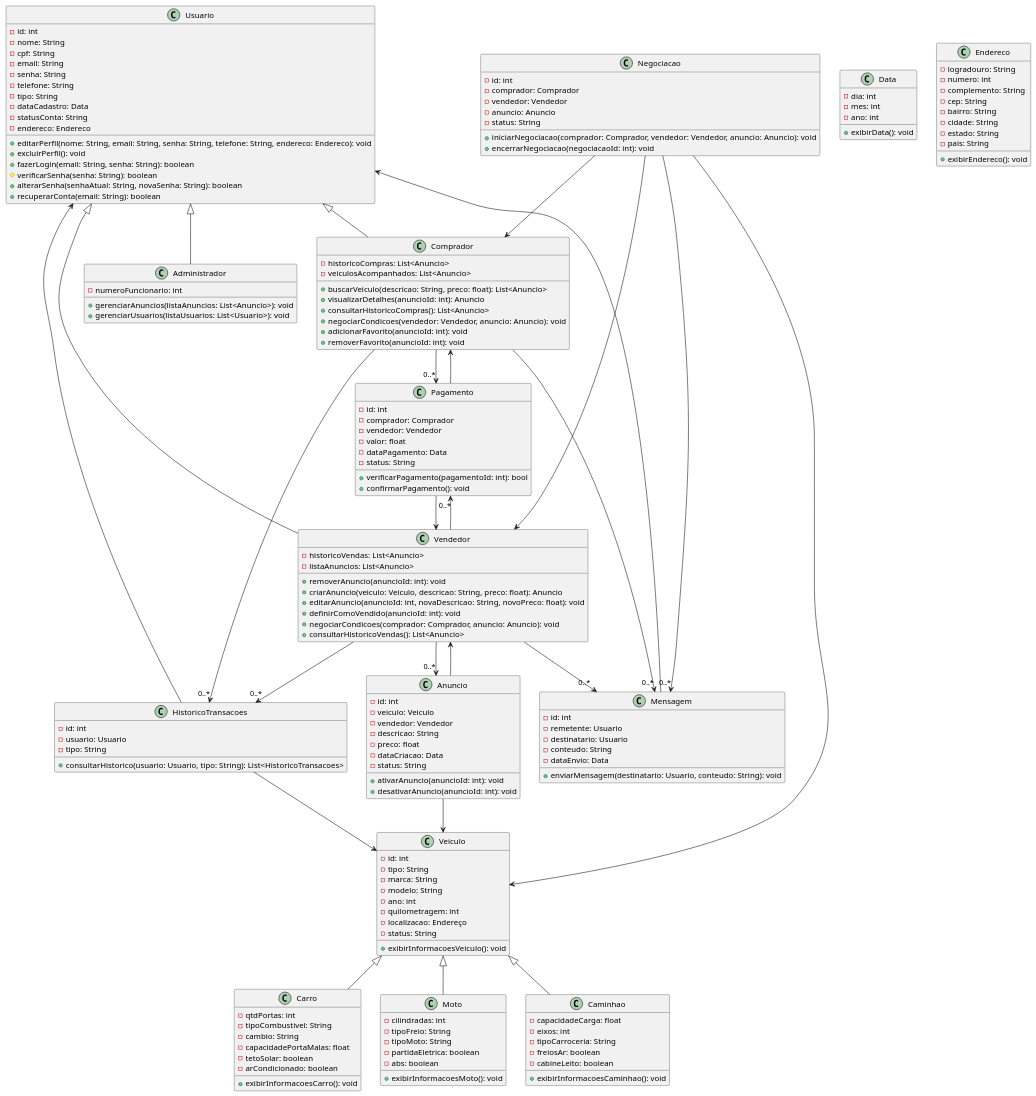
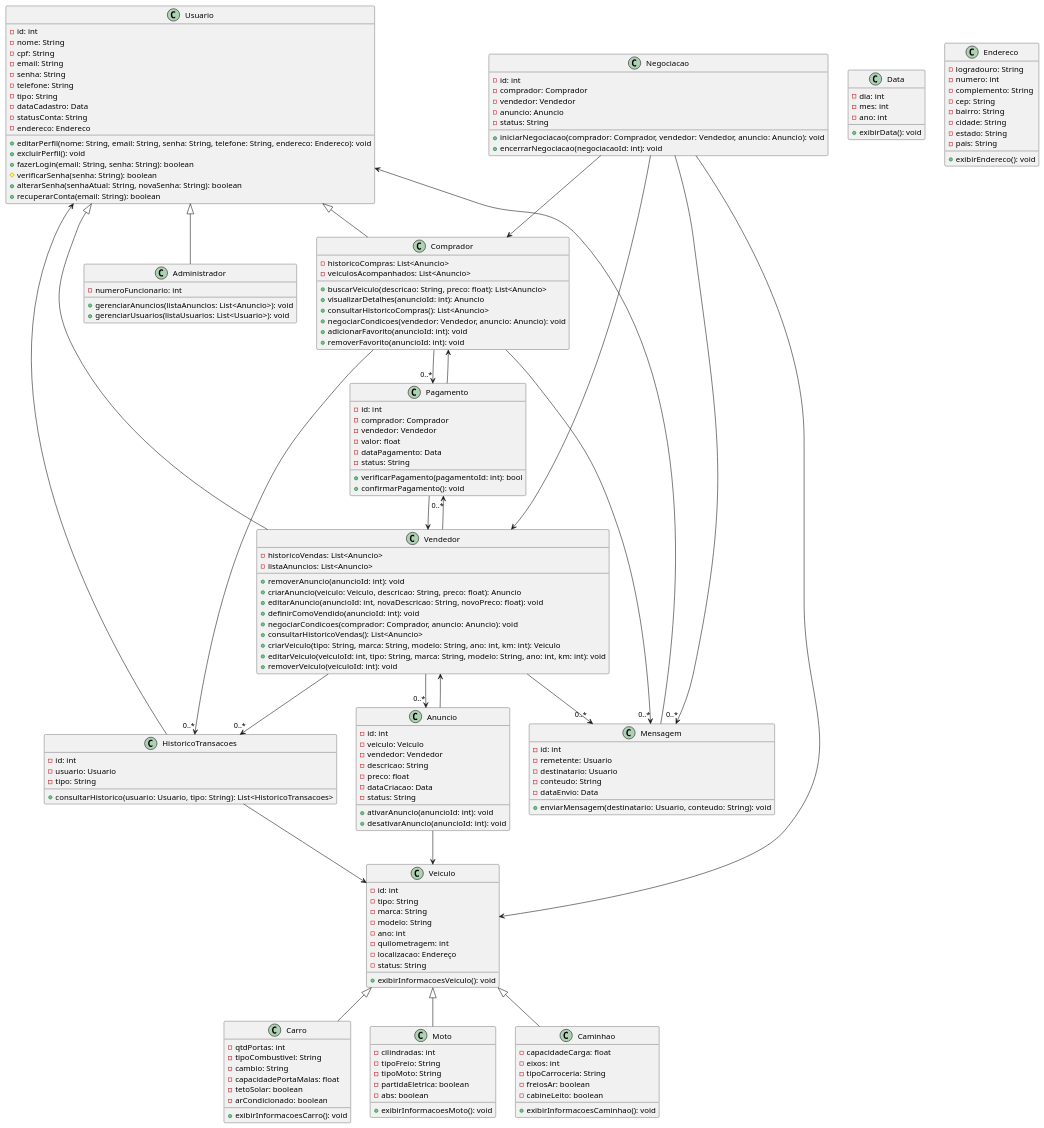
Before and after one commit to guilhermeoliveirateo/sistema-compra-venda-veiculos: the diagram in classes.md, drawn with PlantUML.

```diff
--- a/classes.md
+++ b/classes.md
@@ -51,6 +51,9 @@
 +definirComoVendido(anuncioId: int): void
 +negociarCondicoes(comprador: Comprador, anuncio: Anuncio): void
 +consultarHistoricoVendas(): List<Anuncio>
++criarVeiculo(tipo: String, marca: String, modelo: String, ano: int, km: int): Veiculo
++editarVeiculo(veiculoId: int, tipo: String, marca: String, modelo: String, ano: int, km: int): void
++removerVeiculo(veiculoId: int): void
 }
 
 class Administrador{
```
